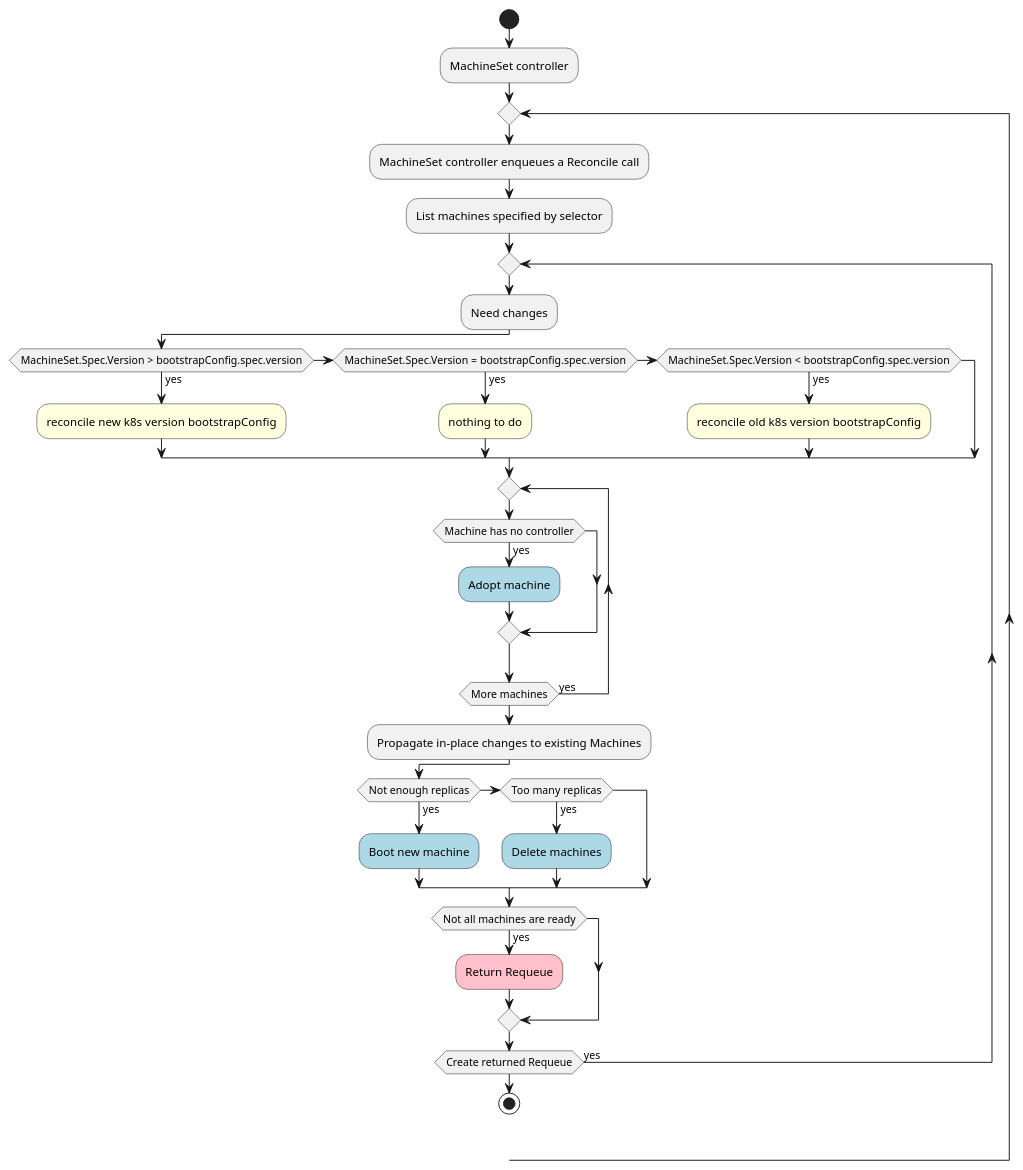
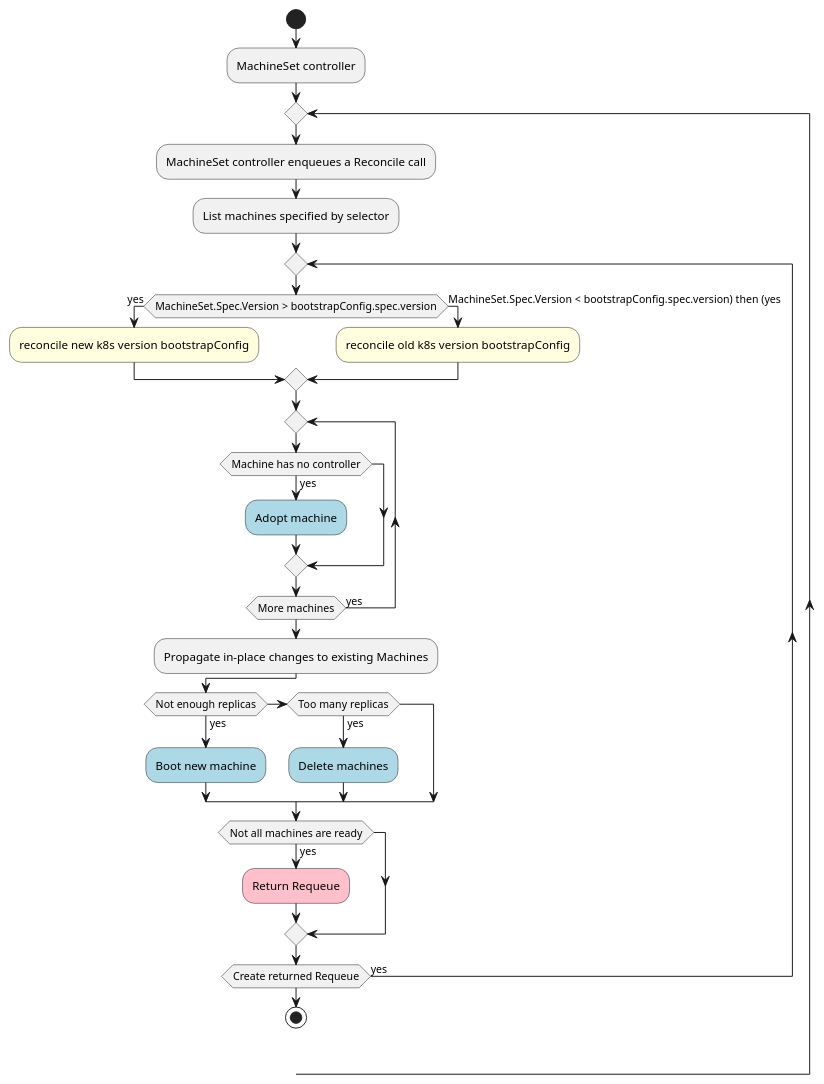
Before and after one commit to Goend/booksite: the diagram in cluster-admission-machineset-controller.plantuml, drawn with PlantUML. The commit also changed 1 other file, not shown here.

```diff
--- a/cluster-admission-machineset-controller.plantuml
+++ b/cluster-admission-machineset-controller.plantuml
@@ -1,35 +1,32 @@
 @startuml cluster-admission-machineset-controller
 
 start;
 :MachineSet controller;
 
 repeat
   :MachineSet controller enqueues a Reconcile call;
   :List machines specified by selector;
   repeat
-    :Need changes;
     if (MachineSet.Spec.Version > bootstrapConfig.spec.version) then (yes)
         #LightYellow:reconcile new k8s version bootstrapConfig;
-    elseif (MachineSet.Spec.Version = bootstrapConfig.spec.version) then (yes)
-        #LightYellow:nothing to do;
-    elseif (MachineSet.Spec.Version < bootstrapConfig.spec.version) then (yes)
+    else (MachineSet.Spec.Version < bootstrapConfig.spec.version) then (yes)
         #LightYellow:reconcile old k8s version bootstrapConfig;
     endif
   repeat
     if (Machine has no controller) then (yes)
       #LightBlue:Adopt machine;
     endif
   repeat while (More machines) is (yes)
   :Propagate in-place changes to existing Machines;
   if (Not enough replicas) then (yes)
     #LightBlue:Boot new machine;
   elseif (Too many replicas) then (yes)
     #LightBlue:Delete machines;
   endif
   if (Not all machines are ready) then (yes)
     #Pink:Return Requeue;
   endif
 repeat while (Create returned Requeue) is (yes)
 stop;
 
 @enduml
```
